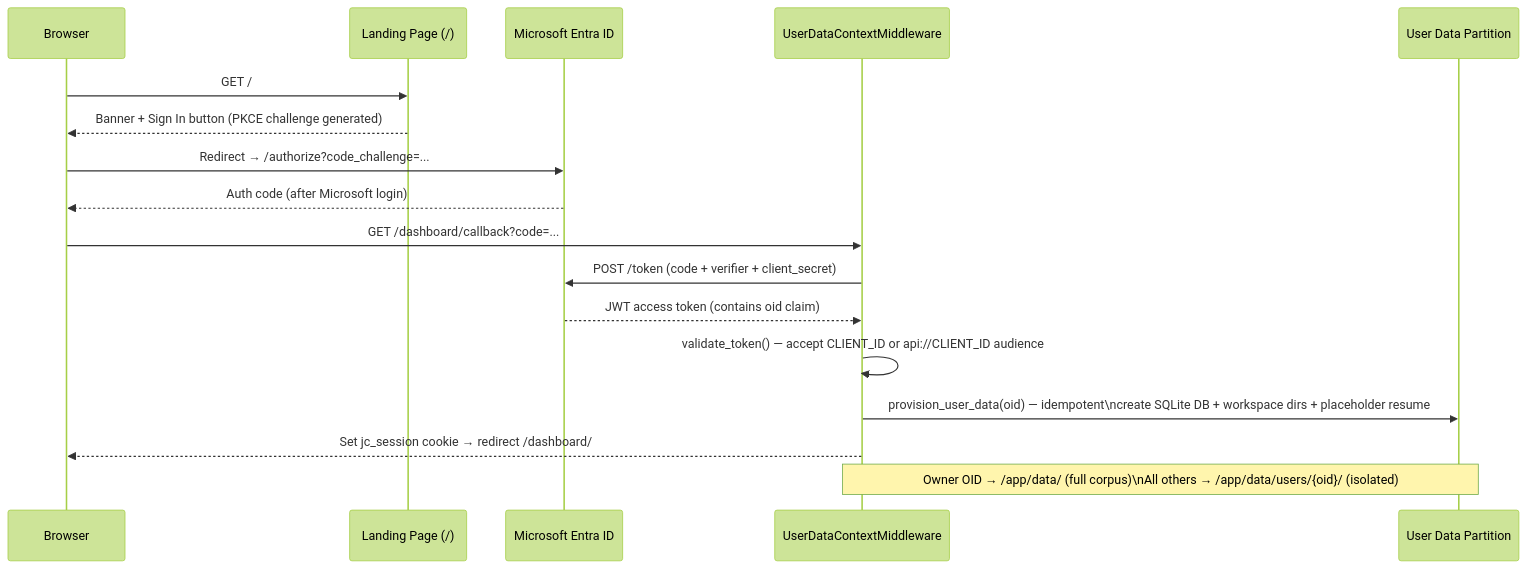
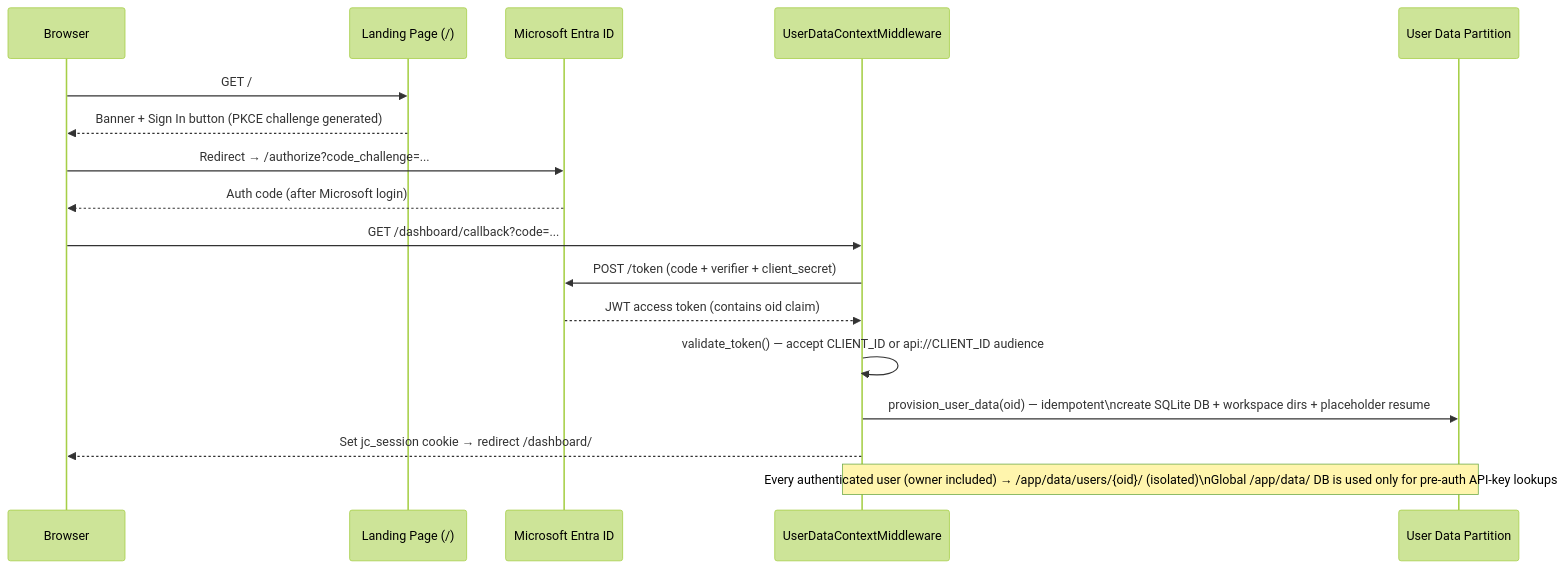
Before and after one commit to JustLikeFrank3/jobContextMCP: the second of 3 diagrams in README.md, drawn with Mermaid (forest theme). The commit also changed other lines of this file and 2 other files, not shown here.

````diff
--- a/README.md
+++ b/README.md
@@ -230,21 +230,21 @@
 ```mermaid
 sequenceDiagram
     participant Browser
     participant Landing as Landing Page (/)
     participant Entra as Microsoft Entra ID
     participant MW as UserDataContextMiddleware
     participant Store as User Data Partition
 
     Browser->>Landing: GET /
     Landing-->>Browser: Banner + Sign In button (PKCE challenge generated)
     Browser->>Entra: Redirect → /authorize?code_challenge=...
     Entra-->>Browser: Auth code (after Microsoft login)
     Browser->>MW: GET /dashboard/callback?code=...
     MW->>Entra: POST /token (code + verifier + client_secret)
     Entra-->>MW: JWT access token (contains oid claim)
     MW->>MW: validate_token() — accept CLIENT_ID or api://CLIENT_ID audience
     MW->>Store: provision_user_data(oid) — idempotent\ncreate SQLite DB + workspace dirs + placeholder resume
     MW-->>Browser: Set jc_session cookie → redirect /dashboard/
 
-    note over MW,Store: Owner OID → /app/data/ (full corpus)\nAll others → /app/data/users/{oid}/ (isolated)
+    note over MW,Store: Every authenticated user (owner included) → /app/data/users/{oid}/ (isolated)\nGlobal /app/data/ DB is used only for pre-auth API-key lookups
 ```
````
